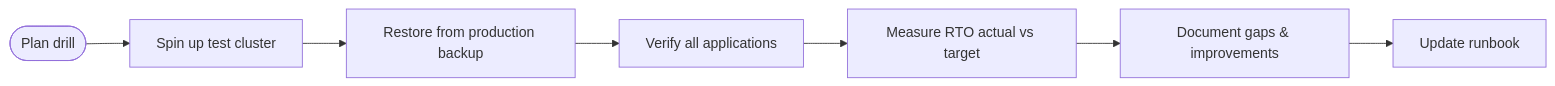
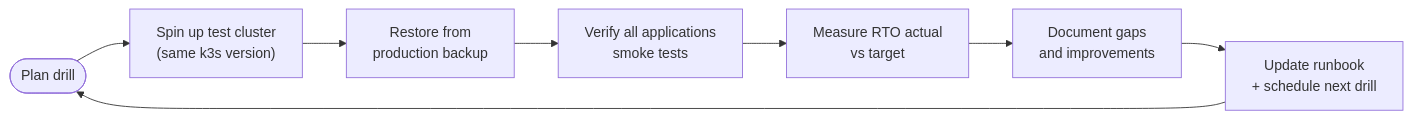
One commit to UncleJS/course_k3s changed the fifth of 5 diagrams in 13_backup_and_dr/03_cluster_restore.md. Above: the diagram before and after it, drawn with Mermaid. The commit also changed other lines of this file and 45 other files, not shown here.

First line of the commit message:
Expand all course lessons: Mermaid diagrams + rich prose across 43 files

````diff
--- a/13_backup_and_dr/03_cluster_restore.md
+++ b/13_backup_and_dr/03_cluster_restore.md
@@ -376,9 +738,10 @@
 ```mermaid
 flowchart LR
-    P([Plan drill]) --> E[Spin up test cluster]
-    E --> R[Restore from production backup]
-    R --> V[Verify all applications]
-    V --> M[Measure RTO actual vs target]
-    M --> D[Document gaps & improvements]
-    D --> U[Update runbook]
+    P(["Plan drill"]) --> E["Spin up test cluster<br/>(same k3s version)"]
+    E --> R["Restore from<br/>production backup"]
+    R --> V["Verify all applications<br/>smoke tests"]
+    V --> M["Measure RTO actual<br/>vs target"]
+    M --> D["Document gaps<br/>and improvements"]
+    D --> U["Update runbook<br/>+ schedule next drill"]
+    U --> P
 ```
````
